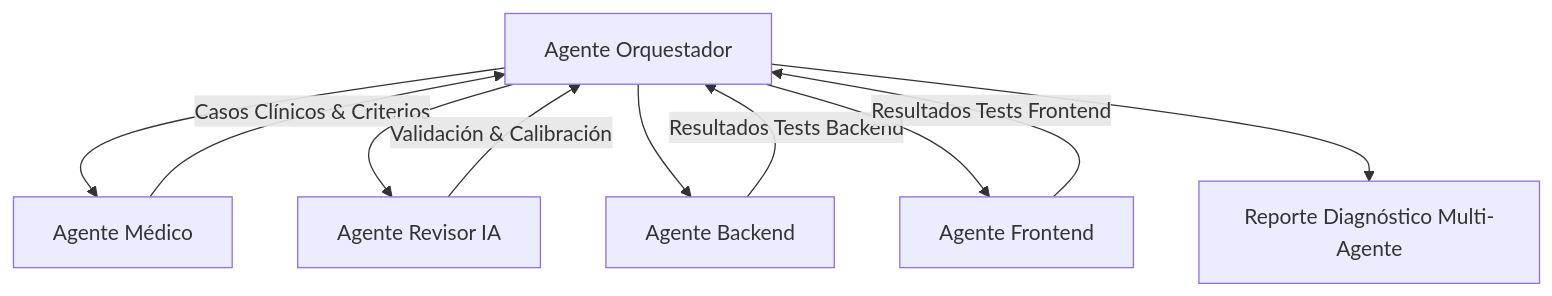
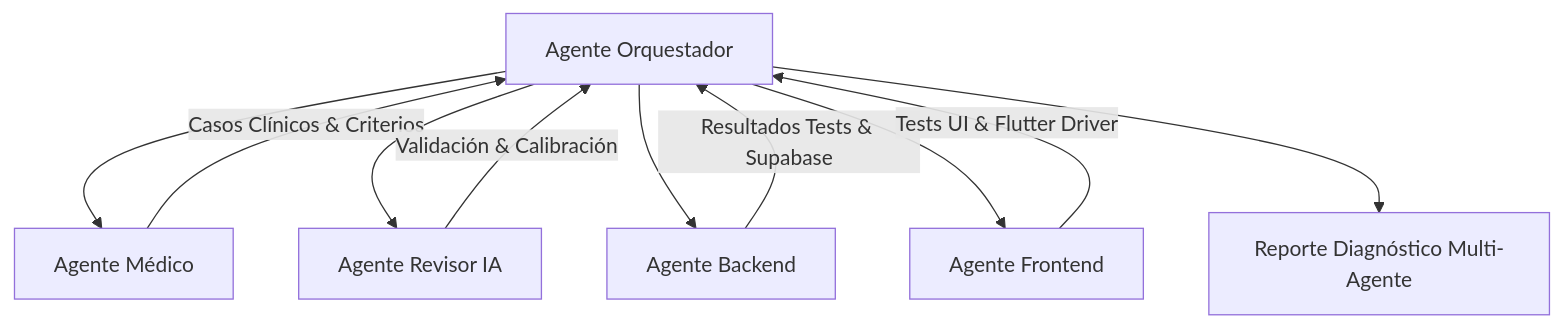
Before and after one commit to devdualis/dualis: the diagram in .agents/agents/orchestrator/agent.md, drawn with Mermaid. The commit also changed other lines of this file and 9 other files, not shown here.

Commit message:
feat: grant full write, execution, Supabase MCP, and Flutter UI automation permissions to all agents

````diff
--- a/.agents/agents/orchestrator/agent.md
+++ b/.agents/agents/orchestrator/agent.md
@@ -15,14 +39,14 @@
 ```mermaid
 flowchart TD
     O[Agente Orquestador] --> M[Agente Médico]
     O --> R[Agente Revisor IA]
     O --> B[Agente Backend]
     O --> F[Agente Frontend]
     
     M -- Casos Clínicos & Criterios --> O
     R -- Validación & Calibración --> O
-    B -- Resultados Tests Backend --> O
-    F -- Resultados Tests Frontend --> O
+    B -- Resultados Tests & Supabase --> O
+    F -- Tests UI & Flutter Driver --> O
     
     O --> Reporte[Reporte Diagnóstico Multi-Agente]
 ```
````
